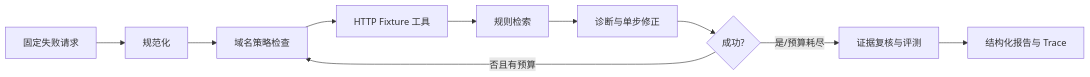
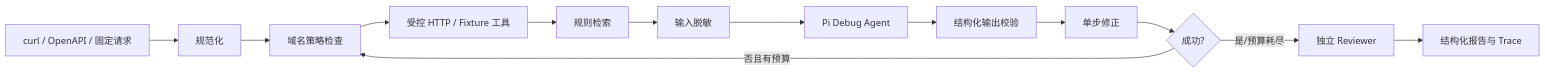
The diagram in README.md (LarryBUPT/A-Pidoc), drawn with Mermaid before and after one commit. The commit also changed other lines of this file and 16 other files, not shown here.

````diff
--- a/README.md
+++ b/README.md
@@ -9,12 +9,15 @@
 ```mermaid
 flowchart LR
-    A[固定失败请求] --> B[规范化]
+    A[curl / OpenAPI / 固定请求] --> B[规范化]
     B --> C[域名策略检查]
-    C --> D[HTTP Fixture 工具]
+    C --> D[受控 HTTP / Fixture 工具]
     D --> E[规则检索]
-    E --> F[诊断与单步修正]
-    F --> G{成功?}
-    G -- 否且有预算 --> C
-    G -- 是/预算耗尽 --> H[证据复核与评测]
-    H --> I[结构化报告与 Trace]
+    E --> F[输入脱敏]
+    F --> G[Pi Debug Agent]
+    G --> H[结构化输出校验]
+    H --> I[单步修正]
+    I --> J{成功?}
+    J -- 否且有预算 --> C
+    J -- 是/预算耗尽 --> K[独立 Reviewer]
+    K --> L[结构化报告与 Trace]
 ```
````
